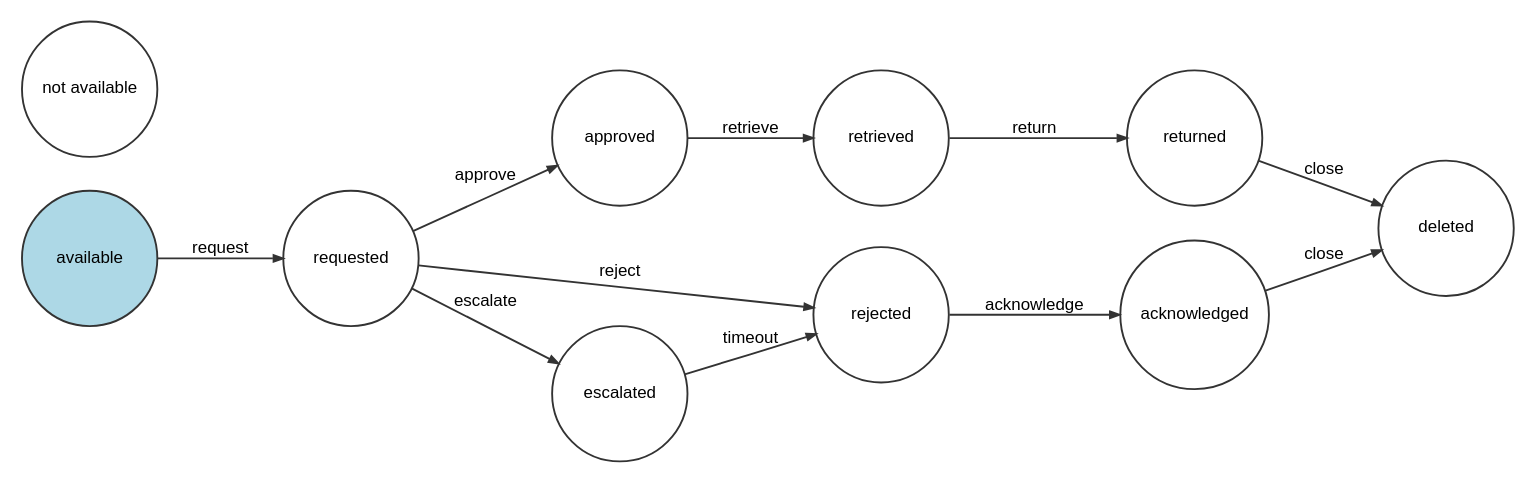
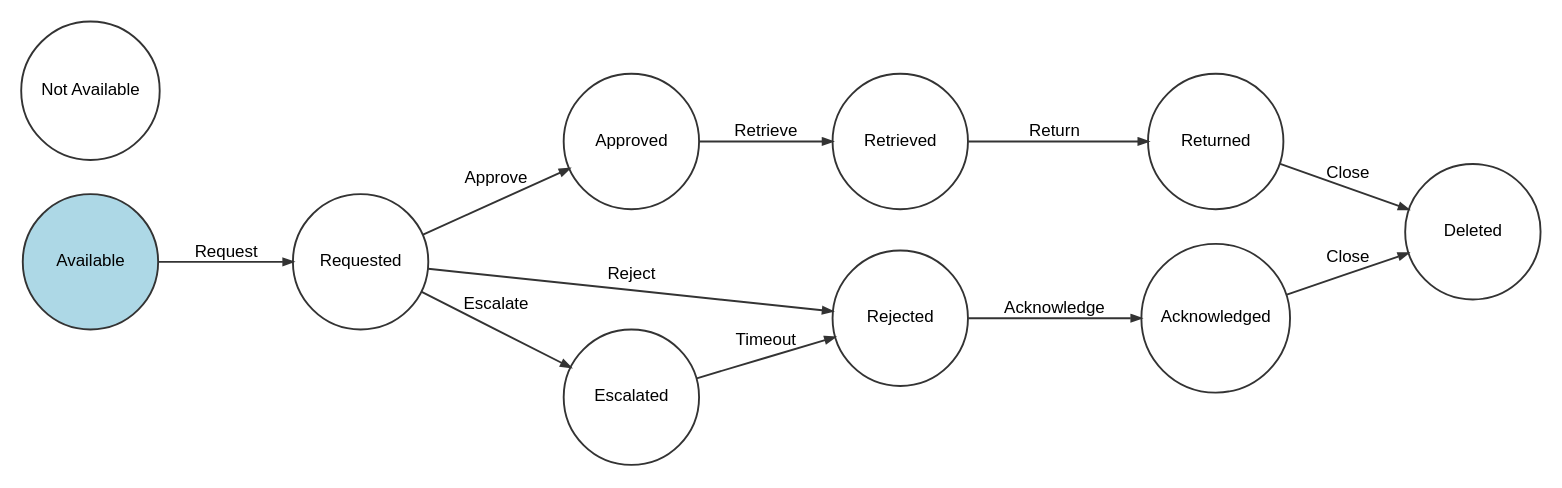
The diagram in xarimages/cd_loans.dot (xaraya/modules), drawn with Graphviz before and after one commit. The commit also changed 16 other files, not shown here.

```diff
--- a/xarimages/cd_loans.dot
+++ b/xarimages/cd_loans.dot
@@ -1,26 +1,26 @@
 digraph workflow {
   ratio="compress" rankdir="LR"
   node [fontsize="9" fontname="Arial" color="#333333" fillcolor="lightblue" fixedsize="false" width="1" href="/"];
   edge [fontsize="9" fontname="Arial" color="#333333" arrowhead="normal" arrowsize="0.5" href="/"];
 
-  place_7b231a50a498ef151e291795f46f56bee569eae5 [label="available", shape=circle style="filled"];
-  place_fcb0885159dfe15b8d42ad42750ddc7b6729c66d [label="requested", shape=circle];
-  place_c9560d94ee19830374678a9c9f9a0833801c9f62 [label="approved", shape=circle];
-  place_1f087a5954f6249bb7245576c304a0520d4178c5 [label="rejected", shape=circle];
-  place_a4619fa66be5254dc0b921040c174a3df7760bdd [label="escalated", shape=circle];
-  place_d35cfe68796252cbf4929b773681ab2572ef229c [label="acknowledged", shape=circle];
-  place_4927f398ef1972944d54627f35b58876a3c963be [label="retrieved", shape=circle];
-  place_1302aeee7db4b8b7ffcf91019d299aeb21bf6f39 [label="returned", shape=circle];
-  place_b639f5cc719831458c83999303237e8499c0cabe [label="deleted", shape=circle];
-  place_5f2391220833847e88fa717eb295a329dd3b3c55 [label="not available", shape=circle];
-  place_7b231a50a498ef151e291795f46f56bee569eae5 -> place_fcb0885159dfe15b8d42ad42750ddc7b6729c66d [label="request" style="solid"];
-  place_fcb0885159dfe15b8d42ad42750ddc7b6729c66d -> place_c9560d94ee19830374678a9c9f9a0833801c9f62 [label="approve" style="solid"];
-  place_fcb0885159dfe15b8d42ad42750ddc7b6729c66d -> place_1f087a5954f6249bb7245576c304a0520d4178c5 [label="reject" style="solid"];
-  place_fcb0885159dfe15b8d42ad42750ddc7b6729c66d -> place_a4619fa66be5254dc0b921040c174a3df7760bdd [label="escalate" style="solid"];
-  place_c9560d94ee19830374678a9c9f9a0833801c9f62 -> place_4927f398ef1972944d54627f35b58876a3c963be [label="retrieve" style="solid"];
-  place_1f087a5954f6249bb7245576c304a0520d4178c5 -> place_d35cfe68796252cbf4929b773681ab2572ef229c [label="acknowledge" style="solid"];
-  place_a4619fa66be5254dc0b921040c174a3df7760bdd -> place_1f087a5954f6249bb7245576c304a0520d4178c5 [label="timeout" style="solid"];
-  place_4927f398ef1972944d54627f35b58876a3c963be -> place_1302aeee7db4b8b7ffcf91019d299aeb21bf6f39 [label="return" style="solid"];
-  place_1302aeee7db4b8b7ffcf91019d299aeb21bf6f39 -> place_b639f5cc719831458c83999303237e8499c0cabe [label="close" style="solid"];
-  place_d35cfe68796252cbf4929b773681ab2572ef229c -> place_b639f5cc719831458c83999303237e8499c0cabe [label="close" style="solid"];
+  place_7b231a50a498ef151e291795f46f56bee569eae5 [label="Available", shape=circle style="filled" href="/bermuda/index.php?module=workflow&type=user&func=test&workflow=cd_loans&place=available"];
+  place_fcb0885159dfe15b8d42ad42750ddc7b6729c66d [label="Requested", shape=circle href="/bermuda/index.php?module=workflow&type=user&func=test&workflow=cd_loans&place=requested"];
+  place_c9560d94ee19830374678a9c9f9a0833801c9f62 [label="Approved", shape=circle href="/bermuda/index.php?module=workflow&type=user&func=test&workflow=cd_loans&place=approved"];
+  place_1f087a5954f6249bb7245576c304a0520d4178c5 [label="Rejected", shape=circle href="/bermuda/index.php?module=workflow&type=user&func=test&workflow=cd_loans&place=rejected"];
+  place_a4619fa66be5254dc0b921040c174a3df7760bdd [label="Escalated", shape=circle href="/bermuda/index.php?module=workflow&type=user&func=test&workflow=cd_loans&place=escalated"];
+  place_d35cfe68796252cbf4929b773681ab2572ef229c [label="Acknowledged", shape=circle href="/bermuda/index.php?module=workflow&type=user&func=test&workflow=cd_loans&place=acknowledged"];
+  place_4927f398ef1972944d54627f35b58876a3c963be [label="Retrieved", shape=circle href="/bermuda/index.php?module=workflow&type=user&func=test&workflow=cd_loans&place=retrieved"];
+  place_1302aeee7db4b8b7ffcf91019d299aeb21bf6f39 [label="Returned", shape=circle href="/bermuda/index.php?module=workflow&type=user&func=test&workflow=cd_loans&place=returned"];
+  place_b639f5cc719831458c83999303237e8499c0cabe [label="Deleted", shape=circle href="/bermuda/index.php?module=workflow&type=user&func=test&workflow=cd_loans&place=deleted"];
+  place_eeef42f87513f6dcbf91d0d8184c61215456de34 [label="Not Available", shape=circle href="/bermuda/index.php?module=workflow&type=user&func=test&workflow=cd_loans&place=not_available"];
+  place_7b231a50a498ef151e291795f46f56bee569eae5 -> place_fcb0885159dfe15b8d42ad42750ddc7b6729c66d [label="Request" style="solid" href="/bermuda/index.php?module=workflow&type=user&func=test&workflow=cd_loans&transition=request"];
+  place_fcb0885159dfe15b8d42ad42750ddc7b6729c66d -> place_c9560d94ee19830374678a9c9f9a0833801c9f62 [label="Approve" style="solid" href="/bermuda/index.php?module=workflow&type=user&func=test&workflow=cd_loans&transition=approve"];
+  place_fcb0885159dfe15b8d42ad42750ddc7b6729c66d -> place_1f087a5954f6249bb7245576c304a0520d4178c5 [label="Reject" style="solid" href="/bermuda/index.php?module=workflow&type=user&func=test&workflow=cd_loans&transition=reject"];
+  place_fcb0885159dfe15b8d42ad42750ddc7b6729c66d -> place_a4619fa66be5254dc0b921040c174a3df7760bdd [label="Escalate" style="solid" href="/bermuda/index.php?module=workflow&type=user&func=test&workflow=cd_loans&transition=escalate"];
+  place_c9560d94ee19830374678a9c9f9a0833801c9f62 -> place_4927f398ef1972944d54627f35b58876a3c963be [label="Retrieve" style="solid" href="/bermuda/index.php?module=workflow&type=user&func=test&workflow=cd_loans&transition=retrieve"];
+  place_1f087a5954f6249bb7245576c304a0520d4178c5 -> place_d35cfe68796252cbf4929b773681ab2572ef229c [label="Acknowledge" style="solid" href="/bermuda/index.php?module=workflow&type=user&func=test&workflow=cd_loans&transition=acknowledge"];
+  place_a4619fa66be5254dc0b921040c174a3df7760bdd -> place_1f087a5954f6249bb7245576c304a0520d4178c5 [label="Timeout" style="solid" href="/bermuda/index.php?module=workflow&type=user&func=test&workflow=cd_loans&transition=timeout"];
+  place_4927f398ef1972944d54627f35b58876a3c963be -> place_1302aeee7db4b8b7ffcf91019d299aeb21bf6f39 [label="Return" style="solid" href="/bermuda/index.php?module=workflow&type=user&func=test&workflow=cd_loans&transition=return"];
+  place_1302aeee7db4b8b7ffcf91019d299aeb21bf6f39 -> place_b639f5cc719831458c83999303237e8499c0cabe [label="Close" style="solid" href="/bermuda/index.php?module=workflow&type=user&func=test&workflow=cd_loans&transition=close"];
+  place_d35cfe68796252cbf4929b773681ab2572ef229c -> place_b639f5cc719831458c83999303237e8499c0cabe [label="Close" style="solid" href="/bermuda/index.php?module=workflow&type=user&func=test&workflow=cd_loans&transition=close"];
 }
```
